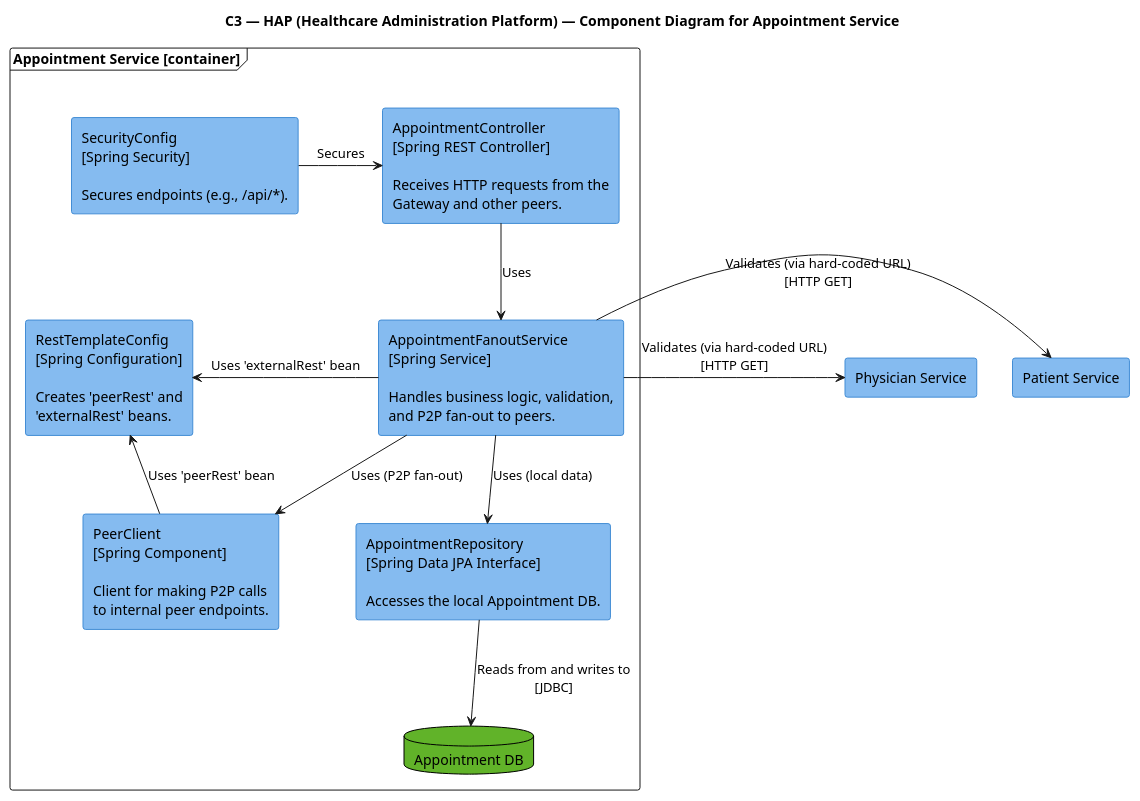
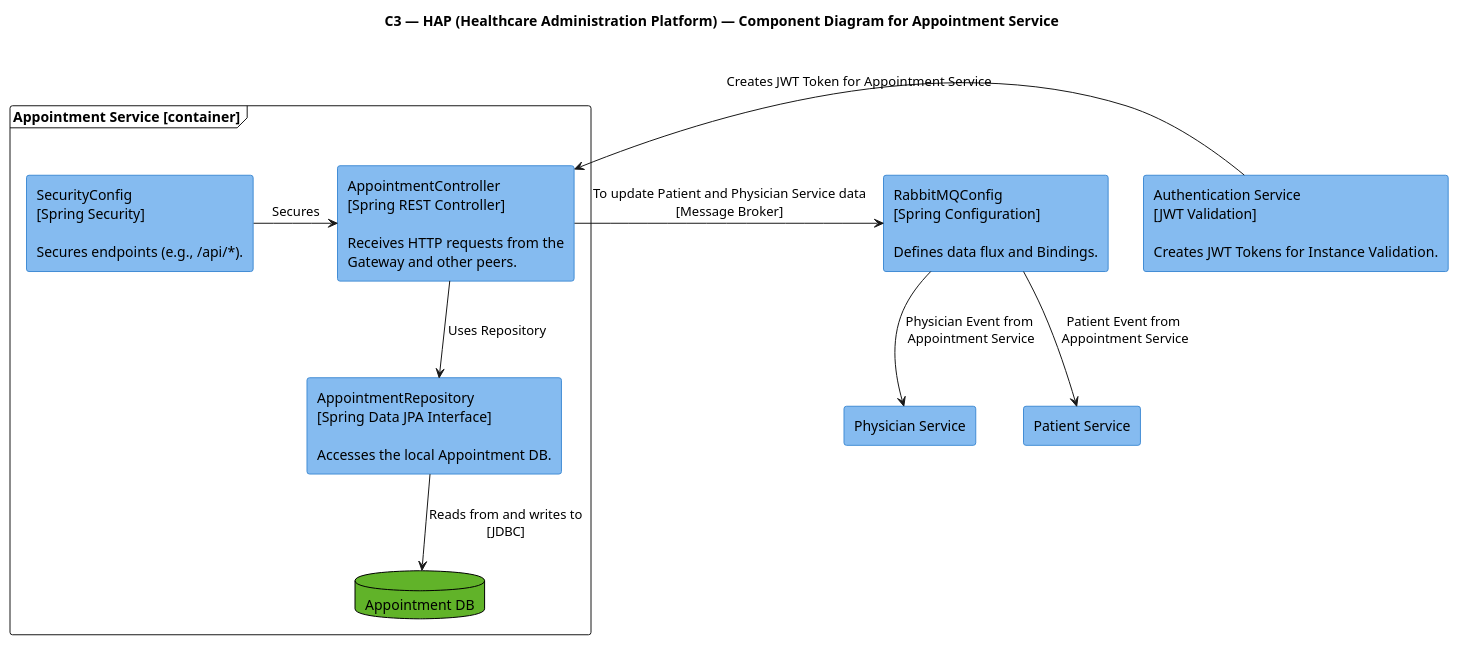
The diagram in docs/iteração2/C4/C3.puml (1211104/PROJ_SIDIS2025), drawn with PlantUML before and after one commit. The commit also changed 3 other files, not shown here.

```diff
--- a/docs/iteração2/C4/C3.puml
+++ b/docs/iteração2/C4/C3.puml
@@ -1,53 +1,49 @@
 @startuml
 title C3 — HAP (Healthcare Administration Platform) — Component Diagram for Appointment Service
 
 skinparam shadowing false
 skinparam rectangleBorderThickness 1
 skinparam databaseBorderThickness 1
 skinparam componentStyle rectangle
 
 skinparam rectangle {
     BackgroundColor #85BBF0
     BorderColor #438DD5
     FontColor #000000
 }
 skinparam database {
     BackgroundColor #61B329
     BorderColor #000000
 }
 skinparam actor {
     BackgroundColor #08427B
     BorderColor #000000
     FontColor #FFFFFF
 }
 
 
 rectangle "Physician Service" as physician_svc
 rectangle "Patient Service" as patient_svc
+rectangle "RabbitMQConfig\n[Spring Configuration]\n\nDefines data flux and Bindings." as rabbitmq_config
+rectangle "Authentication Service\n[JWT Validation]\n\nCreates JWT Tokens for Instance Validation." as jwt
 
 
 frame "Appointment Service [container]" {
 
     rectangle "AppointmentController\n[Spring REST Controller]\n\nReceives HTTP requests from the\nGateway and other peers." as controller
     rectangle "SecurityConfig\n[Spring Security]\n\nSecures endpoints (e.g., /api/*)." as security
-    rectangle "AppointmentFanoutService\n[Spring Service]\n\nHandles business logic, validation,\nand P2P fan-out to peers." as fanout_service
-    rectangle "PeerClient\n[Spring Component]\n\nClient for making P2P calls\nto internal peer endpoints." as peer_client
     rectangle "AppointmentRepository\n[Spring Data JPA Interface]\n\nAccesses the local Appointment DB." as repository
-    rectangle "RestTemplateConfig\n[Spring Configuration]\n\nCreates 'peerRest' and\n'externalRest' beans." as rest_config
     database "Appointment DB" as appointment_db
 
 }
 
-controller -down-> fanout_service : "Uses"
-fanout_service -down-> repository : "Uses (local data)"
-fanout_service -down-> peer_client : "Uses (P2P fan-out)"
+controller -down-> repository : "Uses Repository"
 security -right-> controller : "Secures"
+repository -down-> appointment_db : "Reads from and writes to\n[JDBC]"
 
-fanout_service -left-> rest_config : "Uses 'externalRest' bean"
-peer_client -up-> rest_config : "Uses 'peerRest' bean"
-
-repository -down-> appointment_db : "Reads from and writes to\n[JDBC]"
-fanout_service -right-> physician_svc : "Validates (via hard-coded URL)\n[HTTP GET]"
-fanout_service -right-> patient_svc : "Validates (via hard-coded URL)\n[HTTP GET]"
+controller -right-> rabbitmq_config : "To update Patient and Physician Service data\n[Message Broker]"
+rabbitmq_config -down-> patient_svc : "Patient Event from\n Appointment Service"
+rabbitmq_config -down-> physician_svc : "Physician Event from\n Appointment Service"
+jwt -left-> controller : "Creates JWT Token for Appointment Service"
 
 @enduml
```
